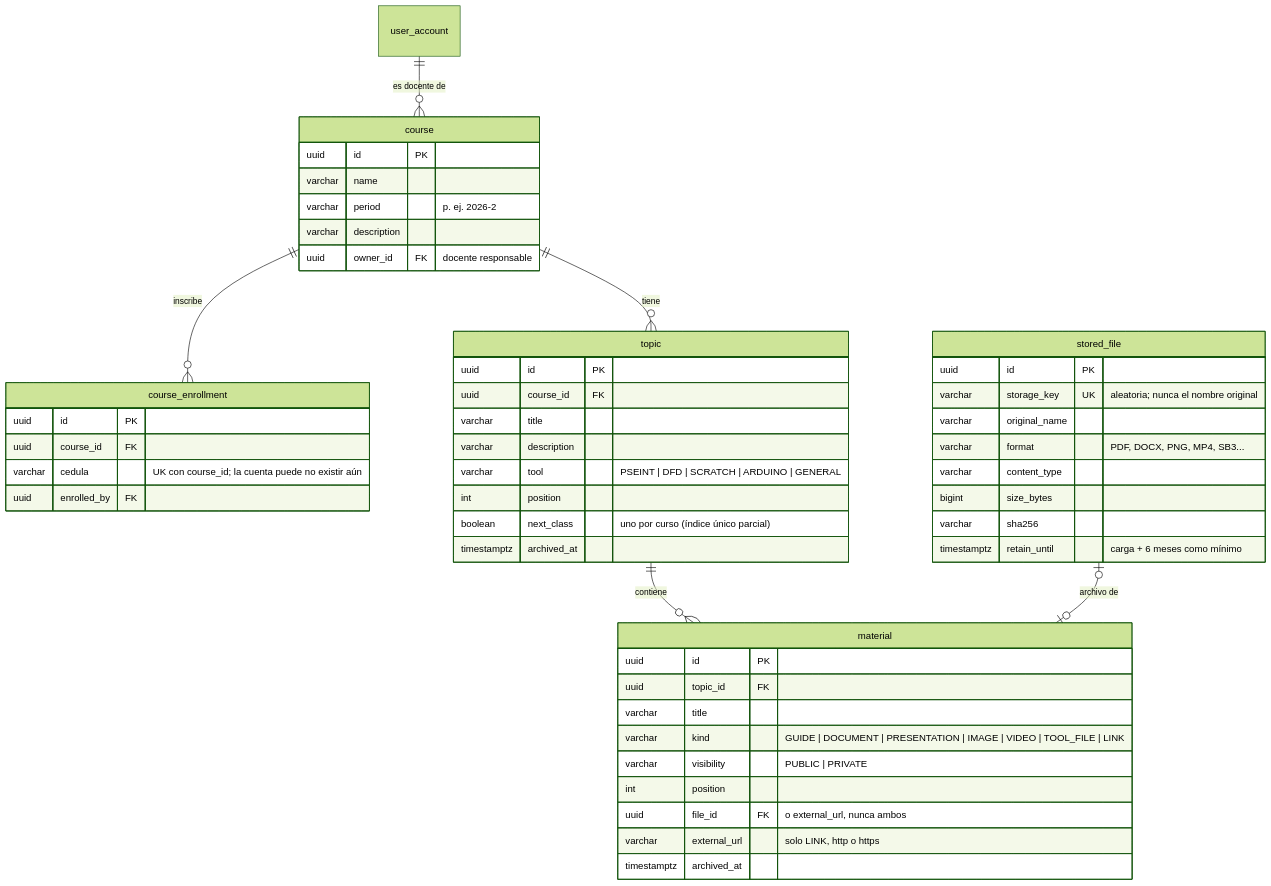
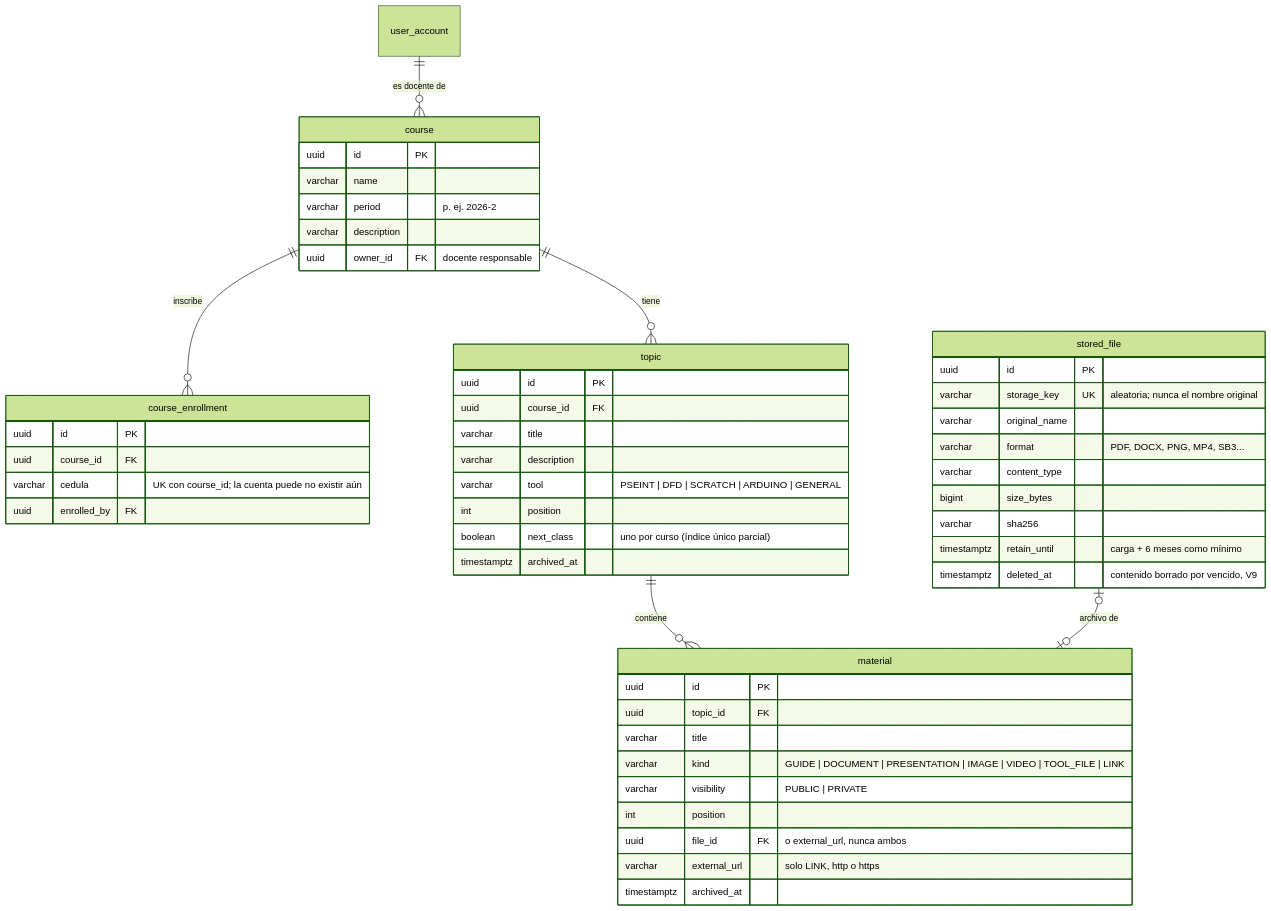
One commit to CarlosEscam/LogiCode-Up changed the third of 7 diagrams in docs/modelo-de-datos.md. Above: the diagram before and after it, drawn with Mermaid (forest theme). The commit also changed other lines of this file and 25 other files, not shown here.

````diff
--- a/docs/modelo-de-datos.md
+++ b/docs/modelo-de-datos.md
@@ -155,53 +156,54 @@
 ```mermaid
 erDiagram
     user_account ||--o{ course : "es docente de"
     course ||--o{ course_enrollment : "inscribe"
     course ||--o{ topic : "tiene"
     topic ||--o{ material : "contiene"
     stored_file |o--o| material : "archivo de"
 
     course {
         uuid id PK
         varchar name
         varchar period "p. ej. 2026-2"
         varchar description
         uuid owner_id FK "docente responsable"
     }
     course_enrollment {
         uuid id PK
         uuid course_id FK
         varchar cedula "UK con course_id; la cuenta puede no existir aún"
         uuid enrolled_by FK
     }
     topic {
         uuid id PK
         uuid course_id FK
         varchar title
         varchar description
         varchar tool "PSEINT | DFD | SCRATCH | ARDUINO | GENERAL"
         int position
         boolean next_class "uno por curso (índice único parcial)"
         timestamptz archived_at
     }
     material {
         uuid id PK
         uuid topic_id FK
         varchar title
         varchar kind "GUIDE | DOCUMENT | PRESENTATION | IMAGE | VIDEO | TOOL_FILE | LINK"
         varchar visibility "PUBLIC | PRIVATE"
         int position
         uuid file_id FK "o external_url, nunca ambos"
         varchar external_url "solo LINK, http o https"
         timestamptz archived_at
     }
     stored_file {
         uuid id PK
         varchar storage_key UK "aleatoria; nunca el nombre original"
         varchar original_name
         varchar format "PDF, DOCX, PNG, MP4, SB3..."
         varchar content_type
         bigint size_bytes
         varchar sha256
         timestamptz retain_until "carga + 6 meses como mínimo"
+        timestamptz deleted_at "contenido borrado por vencido, V9"
     }
 ```
````
